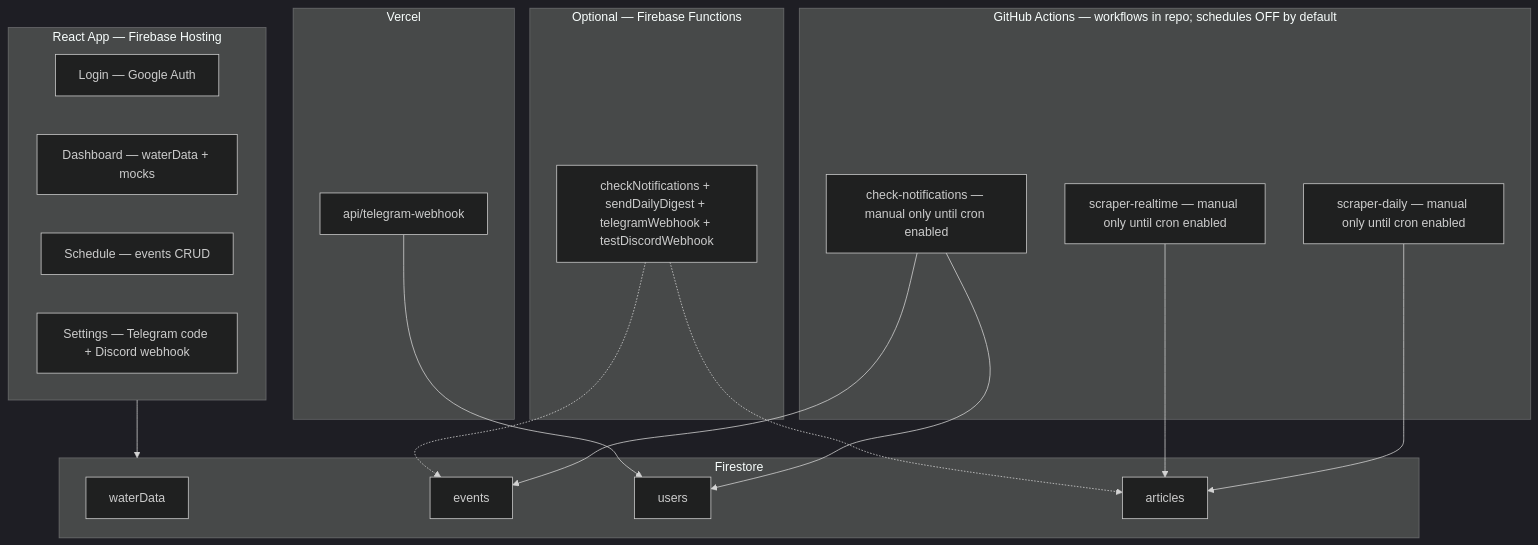
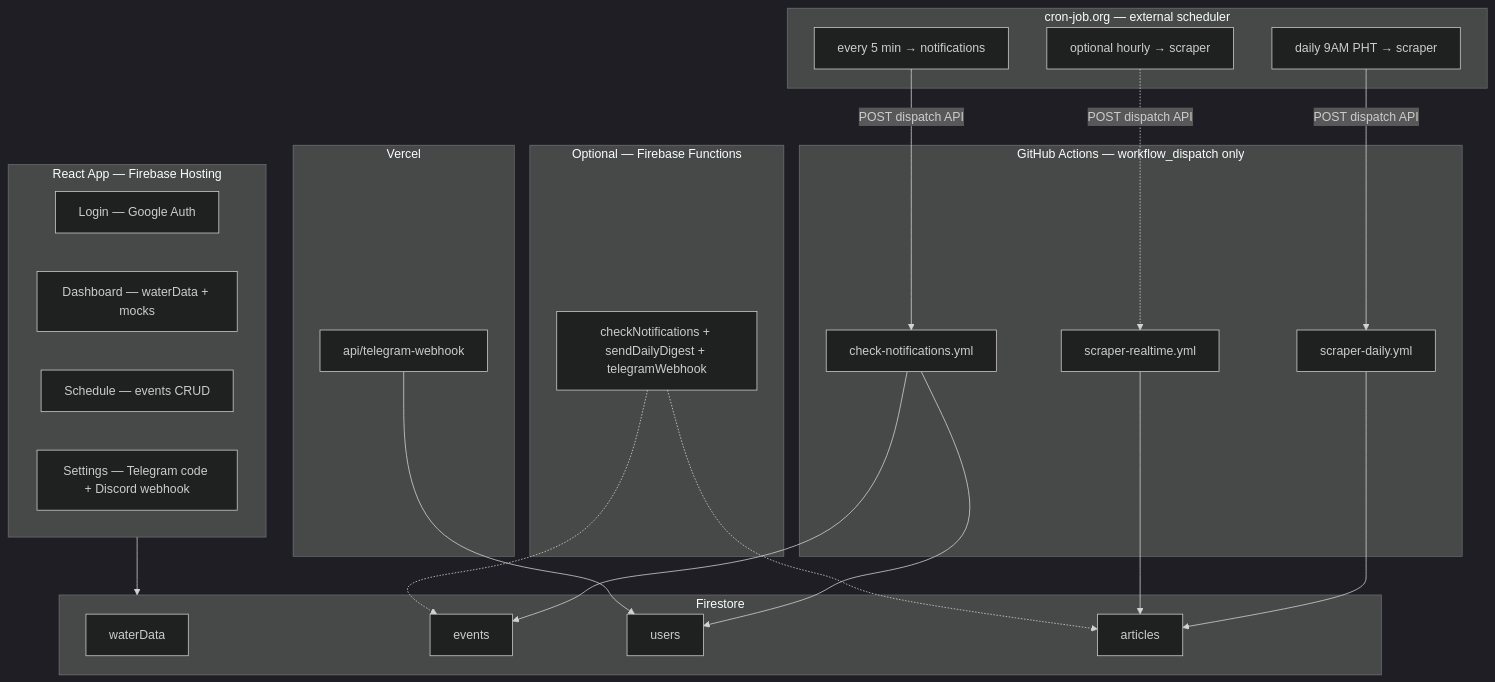
The diagram in README.md (LostLegacy123/aquawatch), drawn with Mermaid (dark theme) before and after one commit. The commit also changed other lines of this file, not shown here.

Commit message:
Update README architecture for cron-job.org automation.

````diff
--- a/README.md
+++ b/README.md
@@ -22,39 +23,48 @@
 ```mermaid
 flowchart TB
   subgraph client ["React App — Firebase Hosting"]
     Login["Login — Google Auth"]
     Dash["Dashboard — waterData + mocks"]
     Sched["Schedule — events CRUD"]
     Set["Settings — Telegram code + Discord webhook"]
   end
 
   subgraph firestore ["Firestore"]
     WD["waterData"]
     EV["events"]
     US["users"]
     AR["articles"]
   end
 
-  subgraph gha ["GitHub Actions — workflows in repo; schedules OFF by default"]
-    CN["check-notifications — manual only until cron enabled"]
-    SD["scraper-daily — manual only until cron enabled"]
-    SR["scraper-realtime — manual only until cron enabled"]
+  subgraph cronjob ["cron-job.org — external scheduler"]
+    CJ5["every 5 min → notifications"]
+    CJD["daily 9AM PHT → scraper"]
+    CJH["optional hourly → scraper"]
+  end
+
+  subgraph gha ["GitHub Actions — workflow_dispatch only"]
+    CN["check-notifications.yml"]
+    SD["scraper-daily.yml"]
+    SR["scraper-realtime.yml"]
   end
 
   subgraph vercel ["Vercel"]
     TW["api/telegram-webhook"]
   end
 
   subgraph legacy ["Optional — Firebase Functions"]
-    CF["checkNotifications + sendDailyDigest + telegramWebhook + testDiscordWebhook"]
+    CF["checkNotifications + sendDailyDigest + telegramWebhook"]
   end
 
   client --> firestore
+  CJ5 -->|"POST dispatch API"| CN
+  CJD -->|"POST dispatch API"| SD
+  CJH -.->|"POST dispatch API"| SR
   CN --> EV
   CN --> US
   SD --> AR
   SR --> AR
   TW --> US
   CF -.-> EV
   CF -.-> AR
 ```
````
